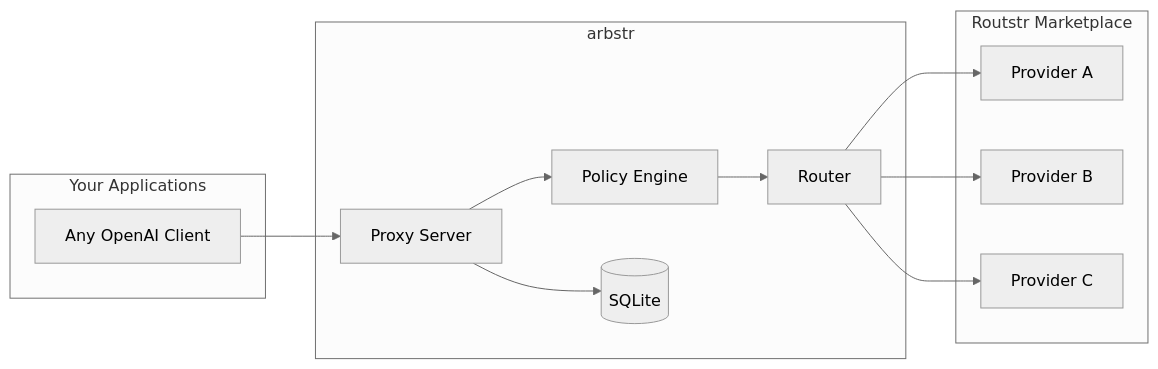
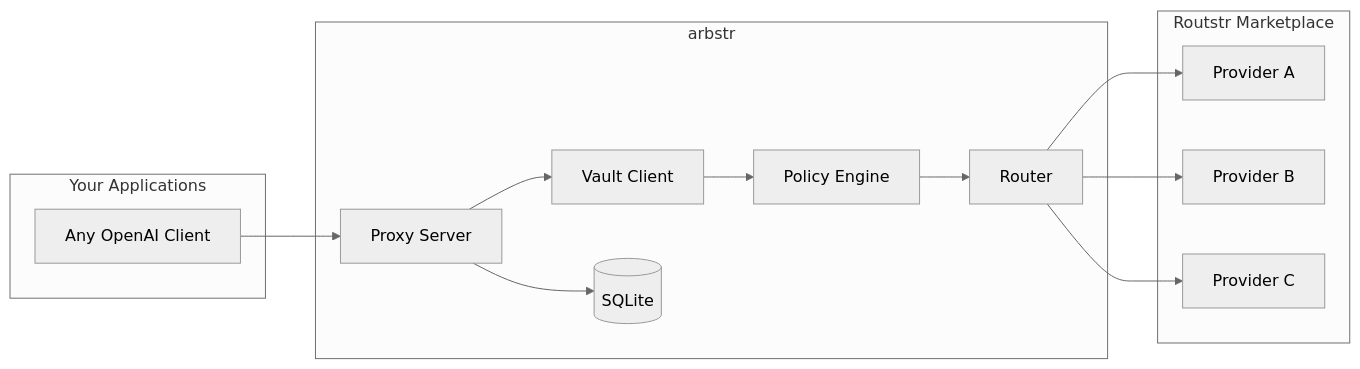
Before and after one commit to johnzilla/arbstr: the first of 2 diagrams in DEVELOPMENT.md, drawn with Mermaid (neutral theme). The commit also changed other lines of this file and 2 other files, not shown here.

First line of the commit message:
docs: update all docs for v1.6 vault treasury integration

````diff
--- a/DEVELOPMENT.md
+++ b/DEVELOPMENT.md
@@ -42,27 +42,29 @@
 ```mermaid
 flowchart LR
     subgraph Client["Your Applications"]
         App["Any OpenAI Client"]
     end
 
     subgraph Arbstr["arbstr"]
         Proxy["Proxy Server"]
+        Vault["Vault Client"]
         Policy["Policy Engine"]
         Router["Router"]
         DB[(SQLite)]
     end
 
     subgraph Providers["Routstr Marketplace"]
         P1["Provider A"]
         P2["Provider B"]
         P3["Provider C"]
     end
 
     App --> Proxy
-    Proxy --> Policy
+    Proxy --> Vault
+    Vault --> Policy
     Policy --> Router
     Router --> P1
     Router --> P2
     Router --> P3
     Proxy --> DB
 ```
````
